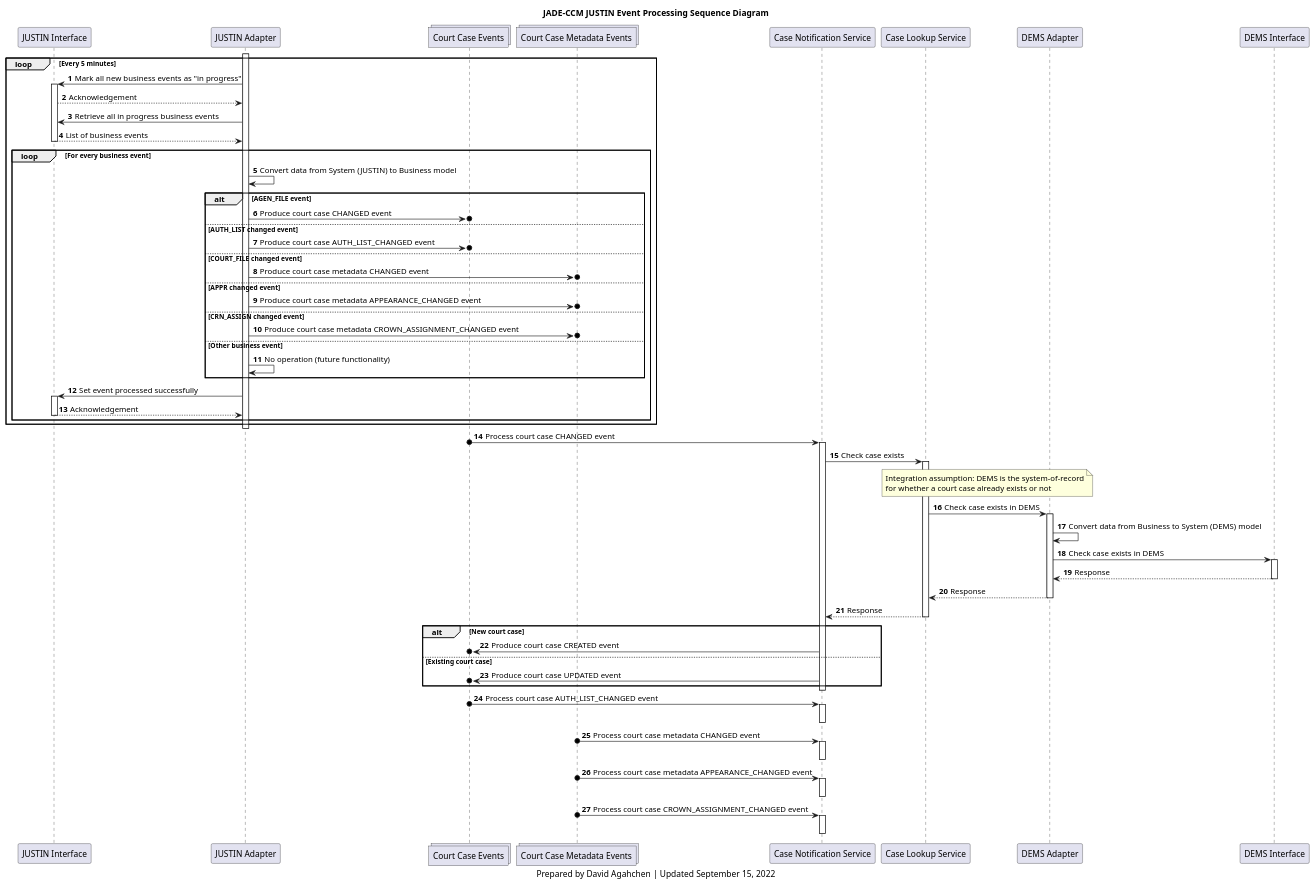
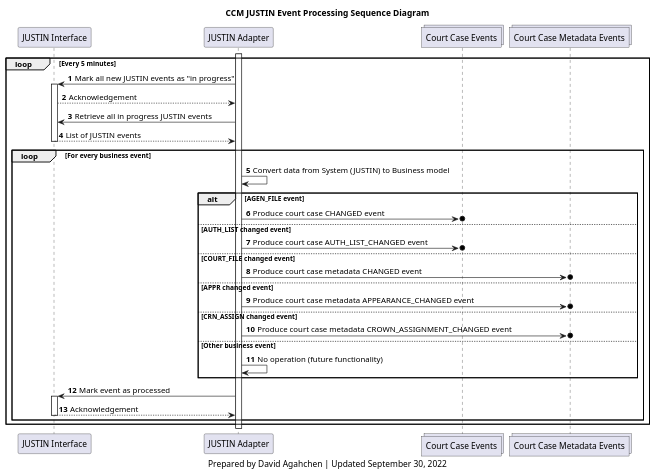
The diagram in img/src/ccm_justin_event_processing_sequence_diagram.plantuml (bcgov/jpss-jade-ccm), drawn with PlantUML before and after one commit. The commit also changed 19 other files, not shown here.

Commit message:
Updated sequence diagrams

```diff
--- a/img/src/ccm_justin_event_processing_sequence_diagram.plantuml
+++ b/img/src/ccm_justin_event_processing_sequence_diagram.plantuml
@@ -1,94 +1,48 @@
 @startuml
 'hide footbox
 participant j_interface as "JUSTIN Interface"
 participant j_adapter as "JUSTIN Adapter"
 collections court_cases_topic as "Court Case Events"
 collections court_case_metadatas_topic as "Court Case Metadata Events"
-participant case_notification_service as "Case Notification Service"
-participant case_lookup_service as "Case Lookup Service"
-participant d_adapter as "DEMS Adapter"
-participant d_interface as "DEMS Interface"
 
 title
-JADE-CCM JUSTIN Event Processing Sequence Diagram
+CCM JUSTIN Event Processing Sequence Diagram
 end title
 
 autonumber
 
 activate j_adapter
 loop Every 5 minutes
-    j_adapter-> j_interface: Mark all new business events as "in progress"
+    j_adapter-> j_interface: Mark all new JUSTIN events as "in progress"
     activate j_interface
     j_interface --> j_adapter: Acknowledgement
-    j_adapter-> j_interface: Retrieve all in progress business events
-    j_interface --> j_adapter: List of business events
+    j_adapter-> j_interface: Retrieve all in progress JUSTIN events
+    j_interface --> j_adapter: List of JUSTIN events
     deactivate j_interface
     loop For every business event
         j_adapter -> j_adapter: Convert data from System (JUSTIN) to Business model
         alt AGEN_FILE event
             j_adapter ->o court_cases_topic: Produce court case CHANGED event
         else AUTH_LIST changed event
             j_adapter ->o court_cases_topic: Produce court case AUTH_LIST_CHANGED event
         else COURT_FILE changed event
             j_adapter ->o court_case_metadatas_topic: Produce court case metadata CHANGED event
         else APPR changed event
             j_adapter ->o court_case_metadatas_topic: Produce court case metadata APPEARANCE_CHANGED event
         else CRN_ASSIGN changed event
             j_adapter ->o court_case_metadatas_topic: Produce court case metadata CROWN_ASSIGNMENT_CHANGED event
         else Other business event
             j_adapter -> j_adapter: No operation (future functionality)
         end
-        j_adapter -> j_interface: Set event processed successfully
+        j_adapter -> j_interface: Mark event as processed
         activate j_interface
         j_interface --> j_adapter: Acknowledgement
         deactivate j_interface
     end
 end
 deactivate j_adapter
 
-court_cases_topic o-> case_notification_service: Process court case CHANGED event
-activate case_notification_service
-case_notification_service -> case_lookup_service: Check case exists
-activate case_lookup_service
-note over case_lookup_service, d_adapter
-Integration assumption: DEMS is the system-of-record
-for whether a court case already exists or not
-end note
-case_lookup_service -> d_adapter: Check case exists in DEMS
-activate d_adapter
-d_adapter -> d_adapter: Convert data from Business to System (DEMS) model
-d_adapter -> d_interface: Check case exists in DEMS
-activate d_interface
-d_interface --> d_adapter: Response
-deactivate d_interface
-d_adapter --> case_lookup_service: Response
-deactivate d_adapter
-case_lookup_service --> case_notification_service: Response
-deactivate case_lookup_service
-alt New court case
-    case_notification_service ->o court_cases_topic: Produce court case CREATED event
-else Existing court case
-    case_notification_service ->o court_cases_topic: Produce court case UPDATED event
-end
-deactivate case_notification_service
-
-court_cases_topic o-> case_notification_service: Process court case AUTH_LIST_CHANGED event
-activate case_notification_service
-deactivate case_notification_service
-
-court_case_metadatas_topic o-> case_notification_service: Process court case metadata CHANGED event
-activate case_notification_service
-deactivate case_notification_service
-
-court_case_metadatas_topic o-> case_notification_service: Process court case metadata APPEARANCE_CHANGED event
-activate case_notification_service
-deactivate case_notification_service
-
-court_case_metadatas_topic o-> case_notification_service: Process court case CROWN_ASSIGNMENT_CHANGED event
-activate case_notification_service
-deactivate case_notification_service
-
 caption
-Prepared by David Agahchen | Updated September 15, 2022
+Prepared by David Agahchen | Updated September 30, 2022
 end caption
 @enduml
```
